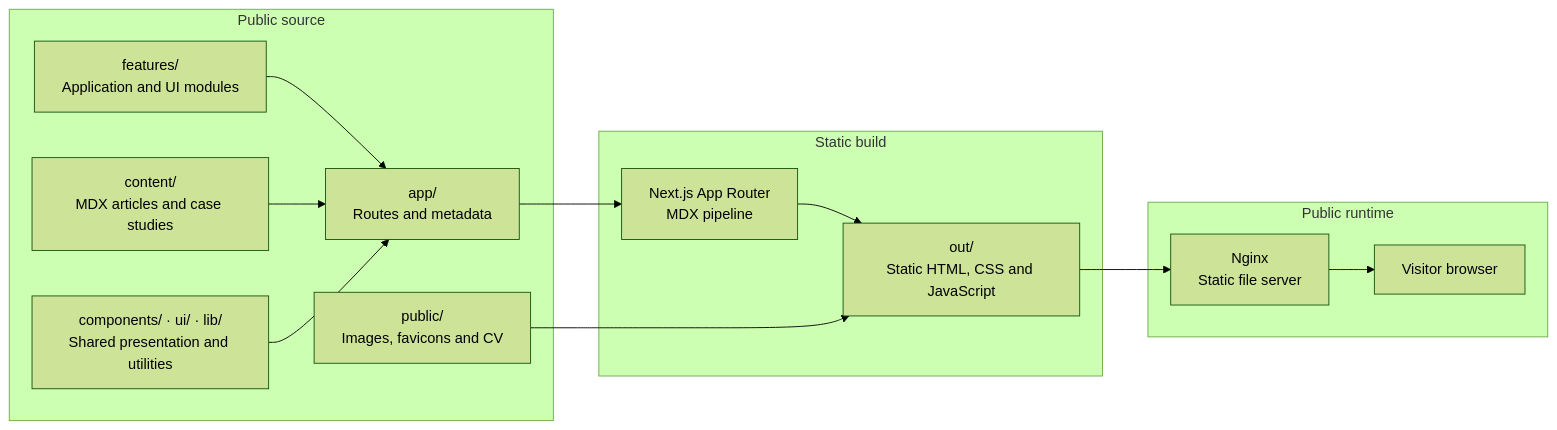
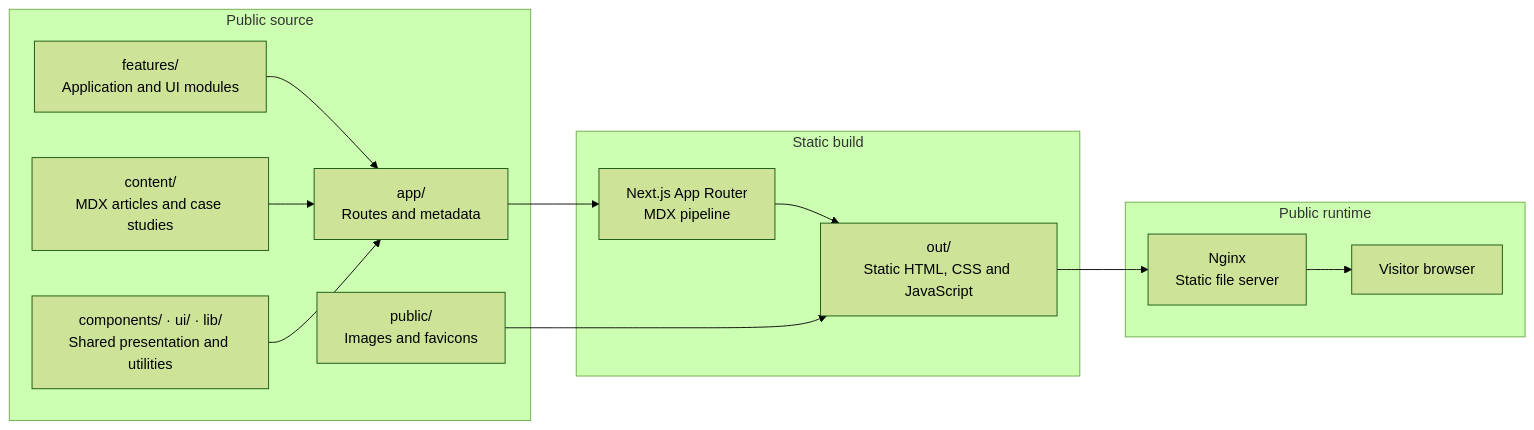
Before and after one commit to LECOQQ/portfolio: the diagram in README.md, drawn with Mermaid (forest theme). The commit also changed 20 other files, not shown here.

````diff
--- a/README.md
+++ b/README.md
@@ -66,32 +66,32 @@
 ```mermaid
 flowchart LR
   subgraph source["Public source"]
     routes["app/<br/>Routes and metadata"]
     features["features/<br/>Application and UI modules"]
     content["content/<br/>MDX articles and case studies"]
     shared["components/ · ui/ · lib/<br/>Shared presentation and utilities"]
-    assets["public/<br/>Images, favicons and CV"]
+    assets["public/<br/>Images and favicons"]
 
     features --> routes
     content --> routes
     shared --> routes
   end
 
   subgraph build["Static build"]
     next["Next.js App Router<br/>MDX pipeline"]
     export["out/<br/>Static HTML, CSS and JavaScript"]
 
     next --> export
     assets --> export
   end
 
   subgraph runtime["Public runtime"]
     nginx["Nginx<br/>Static file server"]
     browser["Visitor browser"]
 
     export --> nginx
     nginx --> browser
   end
 
   routes --> next
 ```
````
